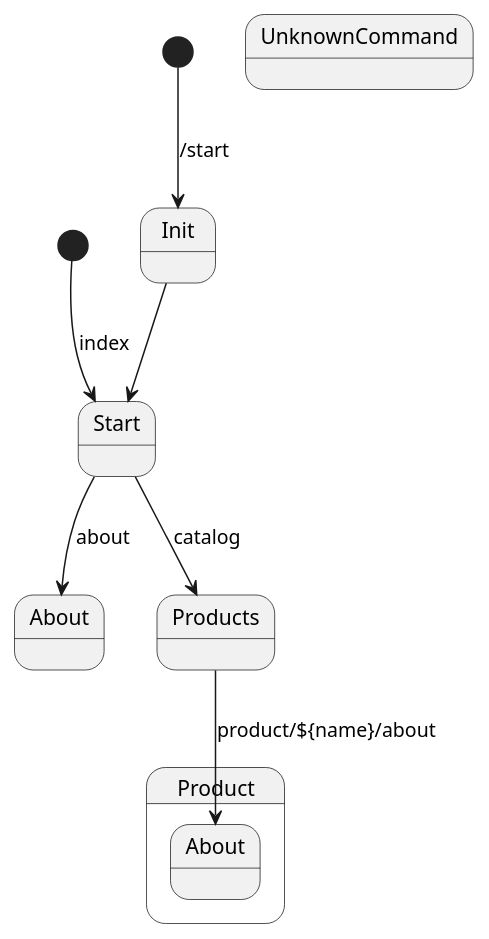
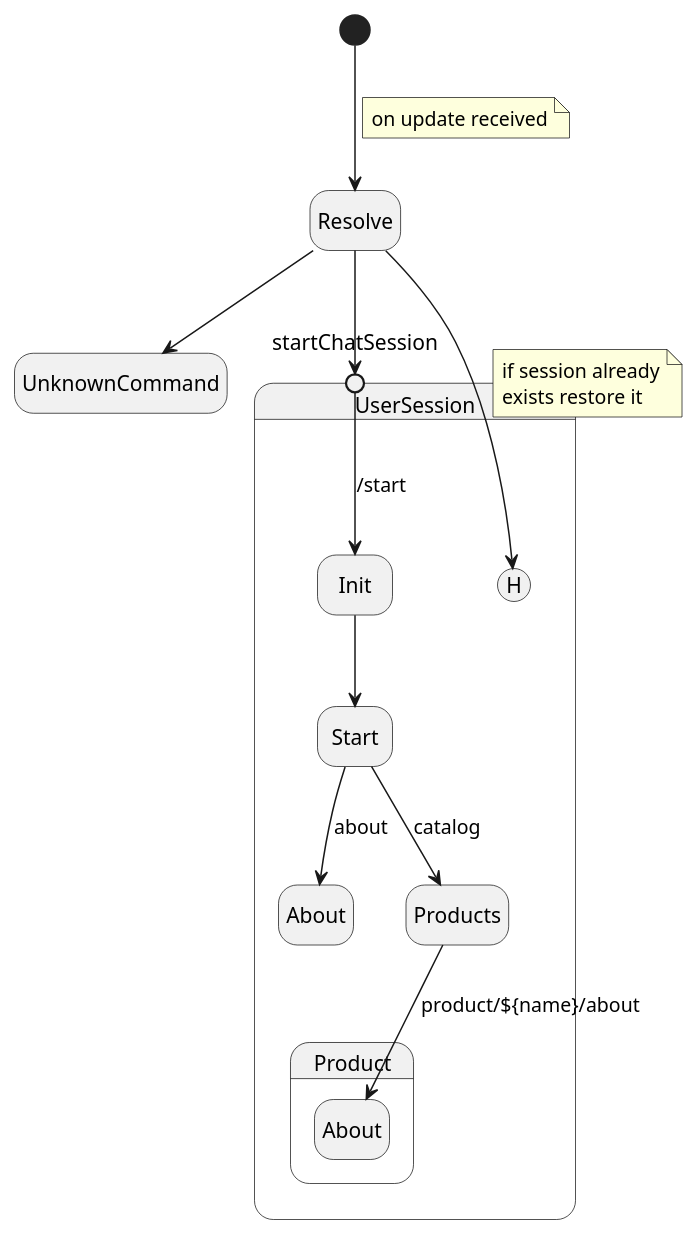
Before and after one commit to ViktorShchukin/shopbot: the diagram in doc/botFsmDiagram.md, drawn with PlantUML.

Commit message:
Develop fsm bot scheme.

````diff
--- a/doc/botFsmDiagram.md
+++ b/doc/botFsmDiagram.md
@@ -2,12 +2,29 @@
 ```plantuml
-state elsewhere <<start>>
+hide empty description
 
-[*] --> Init : /start
-elsewhere --> Start : index
-Init --> Start
-Start --> About : about
-Start --> Products : catalog
-Products --> Product.About : product/${name}/about
+state anyUpdate <<start>>
 
+state Resolve
 state UnknownCommand
+
+state UserSession {
+    state startChatSession <<entrypoint>>
+    state history <<history>>
+    
+    startChatSession --> Init : /start
+    Init --> Start
+    Start --> About : about
+    Start --> Products : catalog
+    Products --> Product.About : product/${name}/about
+}
+
+anyUpdate --> Resolve
+note on link: on update received 
+
+Resolve --> startChatSession
+Resolve --> UnknownCommand
+Resolve --> history
+note on link: if session already\nexists restore it
+
+
 ```
````
